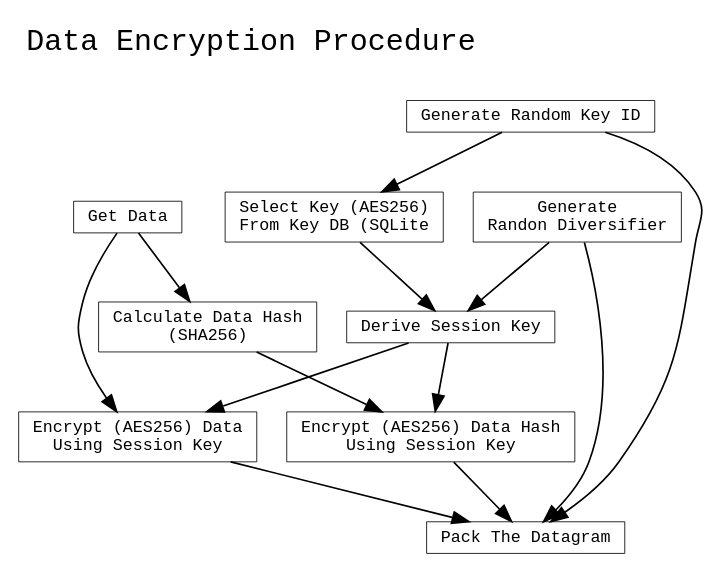
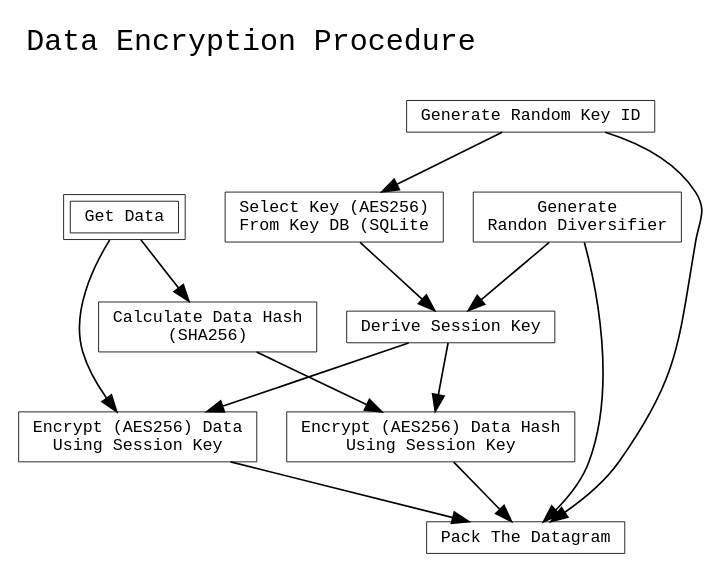
One commit to gx-t/doc changed the diagram in fig2.dot. Above: the diagram before and after it, drawn with Graphviz. The commit also changed 1 other file, not shown here.

```diff
--- a/fig2.dot
+++ b/fig2.dot
@@ -1,22 +1,23 @@
 digraph G {
   graph [fontname=Courier,fontsize=10.0,labeljust=l,nojustify=true];
 
   labelloc="t";
 
   label="Data Encryption Procedure\n\n";
   fontsize=18;
 
   node [shape=box,width=0.2,height=0.2,fontname=Courier,fontsize=10.0,penwidth=0.5];
   rankdir=TB;
   
+  "Get Data" [peripheries = 2]
   "Get Data"->"Calculate Data Hash\n(SHA256)"->"Encrypt (AES256) Data Hash\nUsing Session Key"
   "Get Data"->"Encrypt (AES256) Data\nUsing Session Key"
   "Generate Random Key ID"->"Select Key (AES256)\nFrom Key DB (SQLite"->"Derive Session Key"
   "Derive Session Key"->"Encrypt (AES256) Data Hash\nUsing Session Key"
   "Generate\nRandon Diversifier" -> "Derive Session Key"->"Encrypt (AES256) Data\nUsing Session Key"
   
   "Generate Random Key ID"->"Pack The Datagram"
   "Generate\nRandon Diversifier"->"Pack The Datagram"
   "Encrypt (AES256) Data\nUsing Session Key"->"Pack The Datagram"
   "Encrypt (AES256) Data Hash\nUsing Session Key"->"Pack The Datagram"
 }
```
